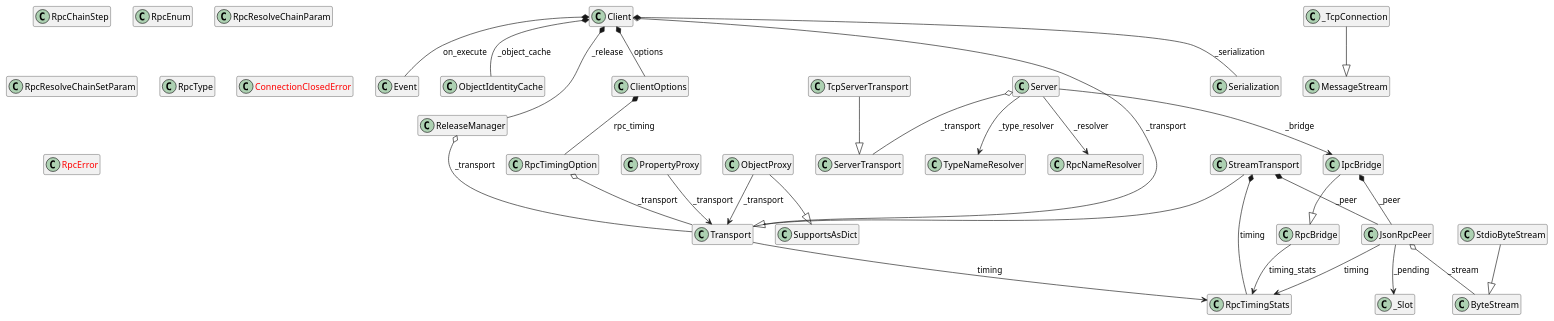
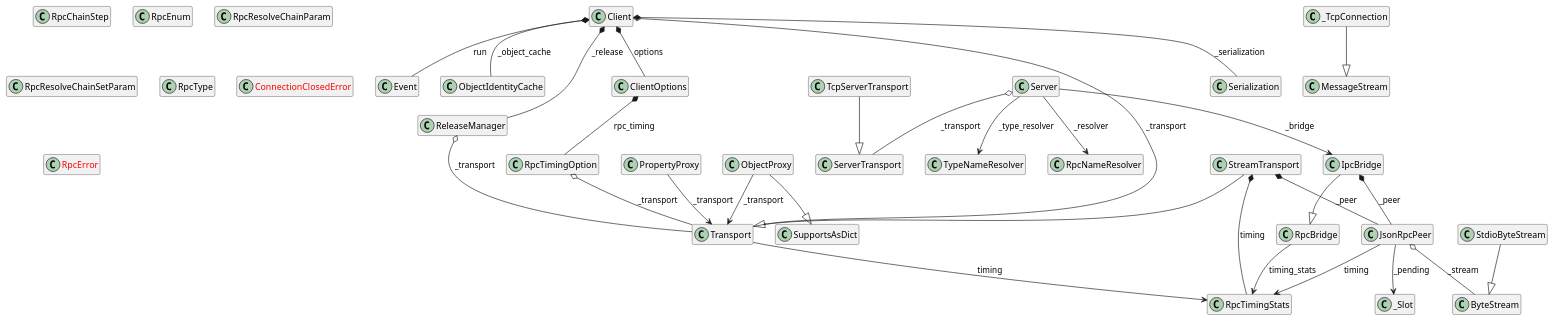
One commit to hide00310/UniLiquidLink changed the first of 4 diagrams in Docs~/ClassDiagram.md. Above: the diagram before and after it, drawn with PlantUML. The commit also changed 1 other file, not shown here.

Commit message:
chore(docs): regenerate class diagram and API docs for Client.run
Regenerated output only, no hand edits. ClassDiagram.md: the composition edge
from Client to Event is now labelled `run` instead of `on_execute`.
LLiquidLinkPythonAPI.md: the mainloop() description now says it dispatches the
run event, and the execute() signature takes `run` instead of `on_execute`.
Both follow the Client.on_execute -> Client.run rename.

```diff
--- a/Docs~/ClassDiagram.md
+++ b/Docs~/ClassDiagram.md
@@ -82,7 +82,7 @@
 lliquidlink.server._transport.TcpServerTransport --|> lliquidlink.server._transport.ServerTransport
 lliquidlink.server._transport._TcpConnection --|> lliquidlink.server._interfaces.MessageStream
 lliquidlink.server.ipc_bridge.IpcBridge --|> lliquidlink.server._interfaces.RpcBridge
-lliquidlink.client._client.Client *-- lliquidlink.client._event.Event : on_execute
+lliquidlink.client._client.Client *-- lliquidlink.client._event.Event : run
 lliquidlink.client._client.Client *-- lliquidlink.client._identity_cache.ObjectIdentityCache : _object_cache
 lliquidlink.client._client.Client *-- lliquidlink.client._options.ClientOptions : options
 lliquidlink.client._options.ClientOptions *-- lliquidlink.client._options.RpcTimingOption : rpc_timing
```
